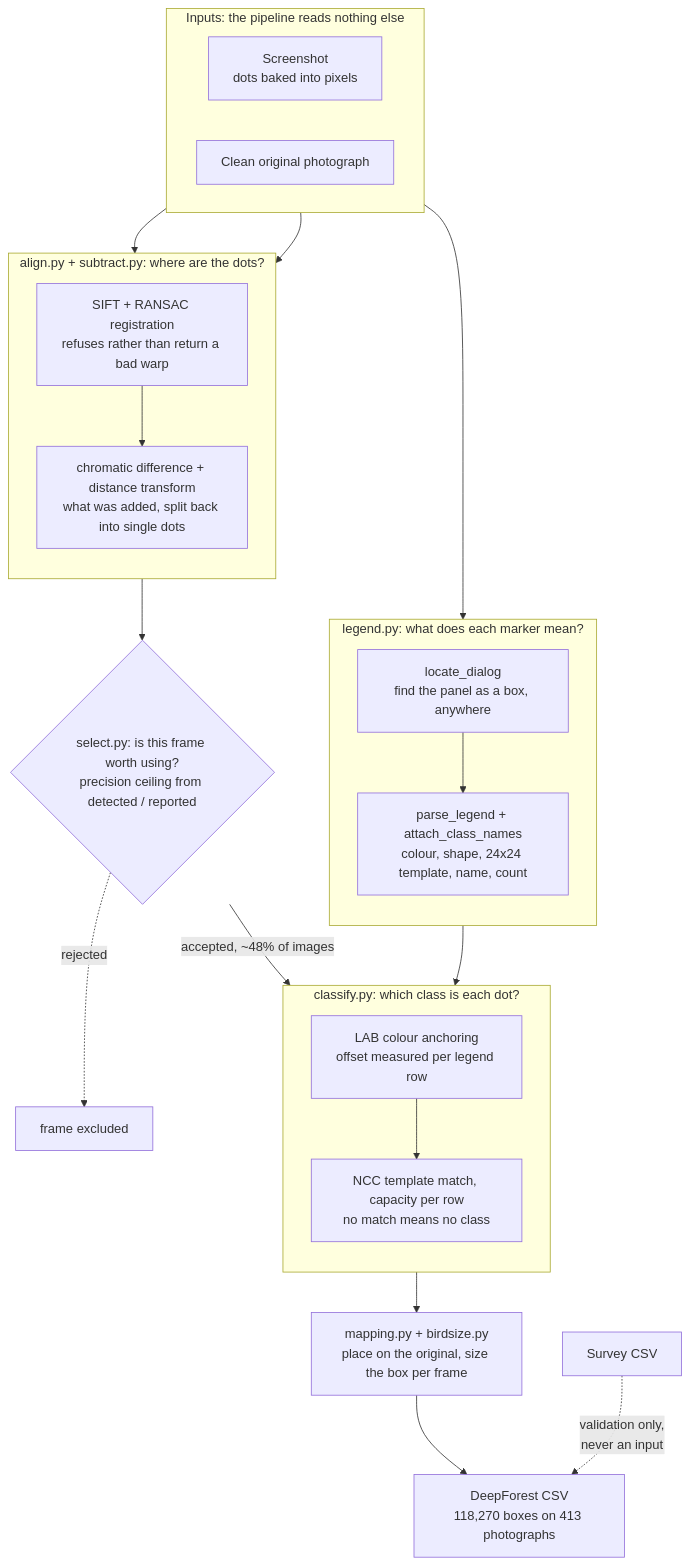
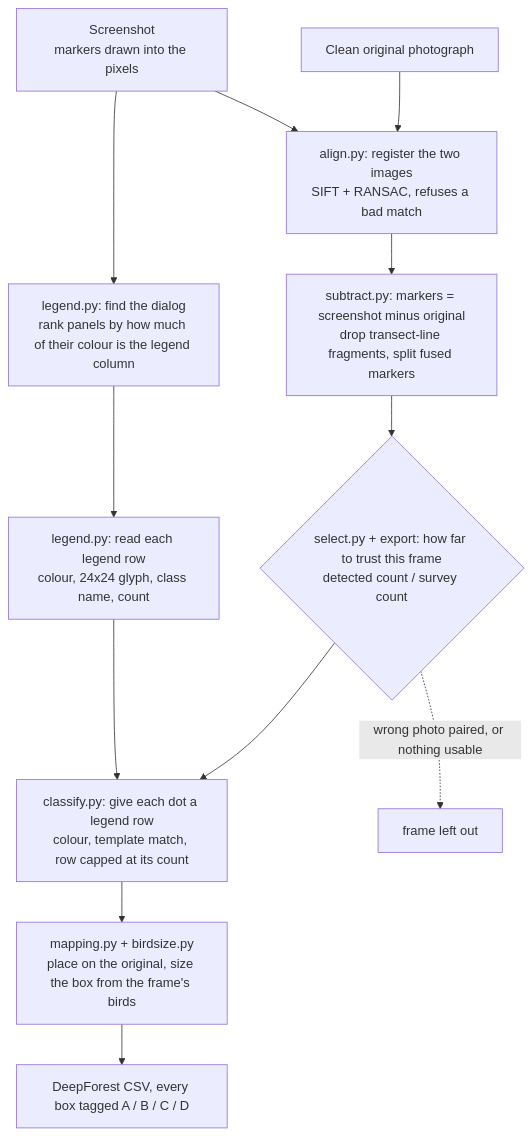
One commit to vickysharma-prog/Recovering-computer-vision-annotations changed the diagram in README.md. Above: the diagram before and after it, drawn with Mermaid. The commit also changed other lines of this file and 3 other files, not shown here.

````diff
--- a/README.md
+++ b/README.md
@@ -70,45 +56,22 @@
 ```mermaid
 flowchart TB
-    subgraph IN["Inputs: the pipeline reads nothing else"]
-        direction LR
-        SS["Screenshot<br/>dots baked into pixels"]
-        ORIG["Clean original photograph"]
-    end
+    SS["Screenshot<br/>markers drawn into the pixels"]
+    ORIG["Clean original photograph"]
 
-    subgraph L["legend.py: what does each marker mean?"]
-        direction TB
-        LOC["locate_dialog<br/>find the panel as a box, anywhere"]
-        PAR["parse_legend + attach_class_names<br/>colour, shape, 24x24 template, name, count"]
-        LOC --> PAR
-    end
+    LOC["legend.py: find the dialog<br/>rank panels by how much of their colour is the legend column"]
+    PAR["legend.py: read each legend row<br/>colour, 24x24 glyph, class name, count"]
+    SIFT["align.py: register the two images<br/>SIFT + RANSAC, refuses a bad match"]
+    DIFF["subtract.py: markers = screenshot minus original<br/>drop transect-line fragments, split fused markers"]
+    SEL{"select.py + export: how far to trust this frame<br/>detected count / survey count"}
+    CLS["classify.py: give each dot a legend row<br/>colour, template match, row capped at its count"]
+    MAP["mapping.py + birdsize.py<br/>place on the original, size the box from the frame's birds"]
+    OUT["DeepForest CSV, every box tagged A / B / C / D"]
 
-    subgraph D["align.py + subtract.py: where are the dots?"]
-        direction TB
-        SIFT["SIFT + RANSAC registration<br/>refuses rather than return a bad warp"]
-        DIFF["chromatic difference + distance transform<br/>what was added, split back into single dots"]
-        SIFT --> DIFF
-    end
-
-    SEL{"select.py: is this frame worth using?<br/>precision ceiling from detected / reported"}
-
-    subgraph C["classify.py: which class is each dot?"]
-        direction TB
-        LABC["LAB colour anchoring<br/>offset measured per legend row"]
-        NCC["NCC template match, capacity per row<br/>no match means no class"]
-        LABC --> NCC
-    end
-
-    MAPN["mapping.py + birdsize.py<br/>place on the original, size the box per frame"]
-    OUT["DeepForest CSV<br/>118,270 boxes on 413 photographs"]
-
-    SS --> LOC
+    SS --> LOC --> PAR
     SS --> SIFT
-    ORIG --> SIFT
-    DIFF --> SEL
-    SEL -->|"accepted, ~48% of images"| LABC
-    SEL -.->|"rejected"| DROP["frame excluded"]
-    PAR --> LABC
-    NCC --> MAPN
-    MAPN --> OUT
-    SURVEY["Survey CSV"] -.->|"validation only,<br/>never an input"| OUT
+    ORIG --> SIFT --> DIFF --> SEL
+    SEL --> CLS
+    PAR --> CLS
+    CLS --> MAP --> OUT
+    SEL -.->|"wrong photo paired, or nothing usable"| DROP["frame left out"]
 ```
````
